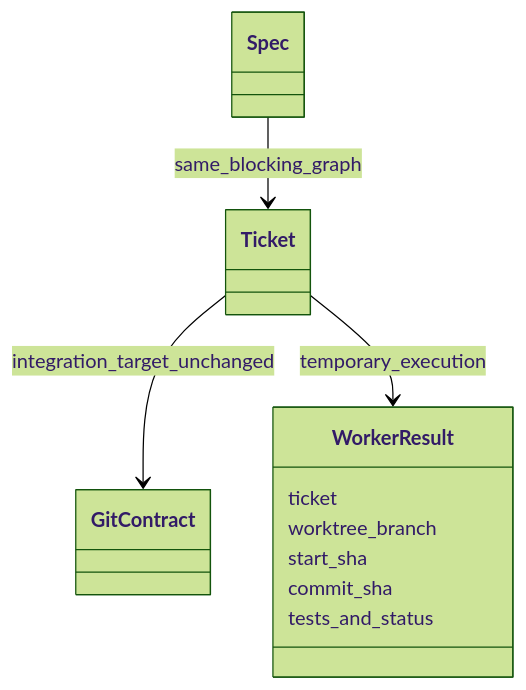
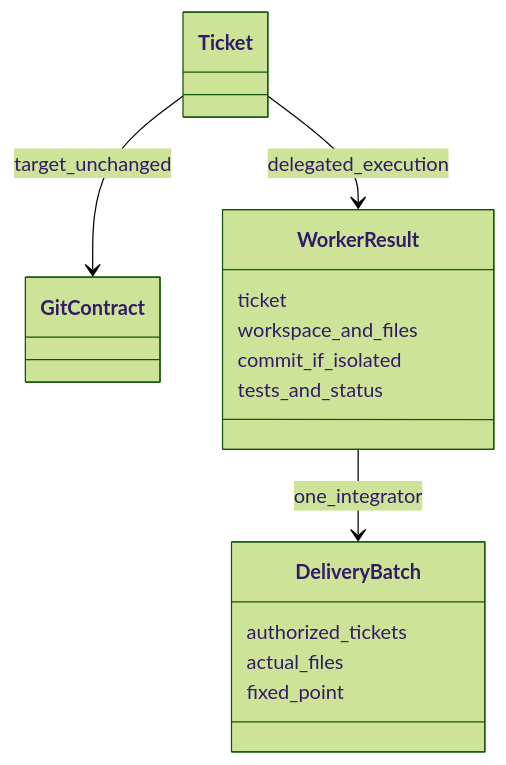
One commit to liu-qingyuan/skills-sync-lqy changed the eighth of 8 diagrams in docs/architecture/spec-implementation.md. Above: the diagram before and after it, drawn with Mermaid (forest theme). The commit also changed other lines of this file and 17 other files, not shown here.

````diff
--- a/docs/architecture/spec-implementation.md
+++ b/docs/architecture/spec-implementation.md
@@ -95,16 +112,19 @@
 ```mermaid
 classDiagram
-    class Spec
     class Ticket
     class GitContract
     class WorkerResult {
         ticket
-        worktree_branch
-        start_sha
-        commit_sha
+        workspace_and_files
+        commit_if_isolated
         tests_and_status
     }
-    Spec --> Ticket : same_blocking_graph
-    Ticket --> GitContract : integration_target_unchanged
-    Ticket --> WorkerResult : temporary_execution
+    class DeliveryBatch {
+        authorized_tickets
+        actual_files
+        fixed_point
+    }
+    Ticket --> GitContract : target_unchanged
+    Ticket --> WorkerResult : delegated_execution
+    WorkerResult --> DeliveryBatch : one_integrator
 ```
````
